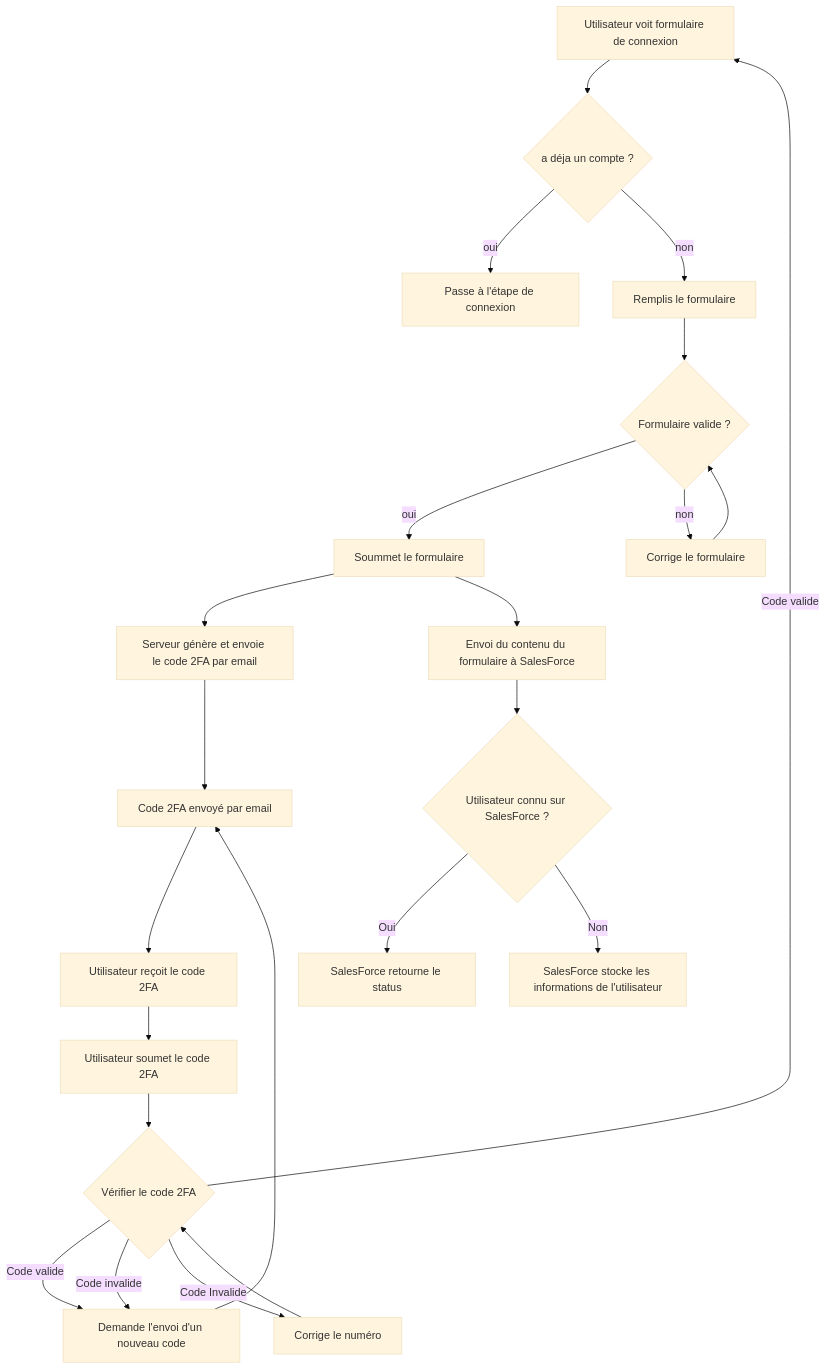
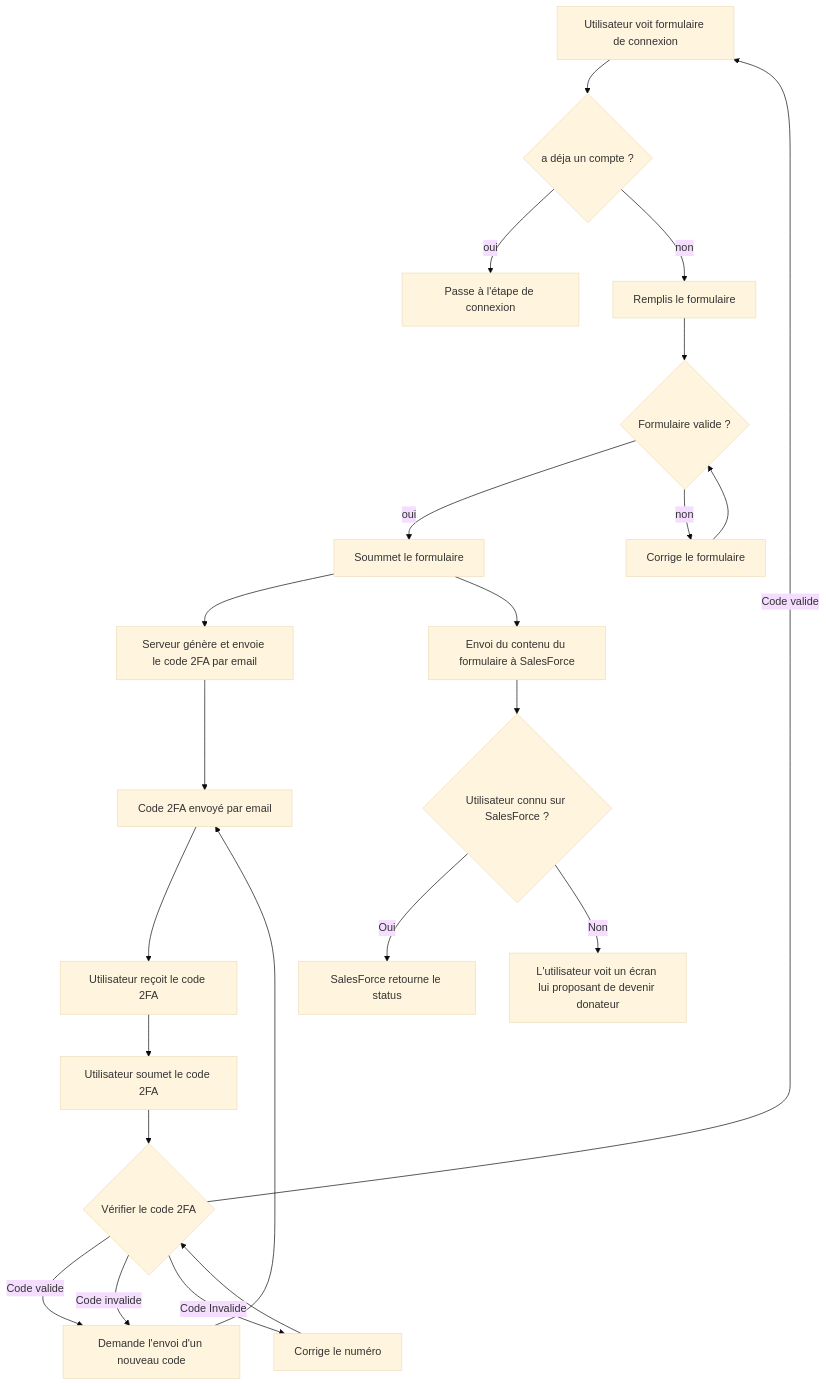
One commit to Amnesty-International-France/website changed the first of 2 diagrams in documentation/espace-donateur/authentification.md. Above: the diagram before and after it, drawn with Mermaid (base theme). The commit also changed other lines of this file, not shown here.

Commit message:
chore : udpate adr 001 schema

````diff
--- a/documentation/espace-donateur/authentification.md
+++ b/documentation/espace-donateur/authentification.md
@@ -21,28 +24,28 @@
 ```mermaid
 flowchart TD
     A[Utilisateur voit formulaire de connexion] -->   B{a déja un compte ?}
     B--> |oui|C[Passe à l'étape de connexion]
     B--> |non|D[Remplis le formulaire]
     D --> E{Formulaire valide ?}
     E --> |oui| F[Soummet le formulaire]
     E --> |non| G[Corrige le formulaire]
     G --> E
     F--> H[Serveur génère et envoie le code 2FA par email]
     H--> I[Code 2FA envoyé par email]
     I--> J[Utilisateur reçoit le code 2FA]
     J --> K[Utilisateur soumet le code 2FA]
     K--> L{Vérifier le code 2FA}
     L -->|Code valide| M[Le login et le mot de passe de l'utilisateur est stocké en BDD]
     L -->|Code valide| A
     L --> |Code invalide| M[Demande l'envoi d'un nouveau code]
     L --> |Code Invalide| N[Corrige le numéro]
     N --> L
     M --> I
     F --> O[Envoi du contenu du formulaire à SalesForce]
     O --> P{Utilisateur connu sur SalesForce ?}
     P --> |Oui| Q[SalesForce retourne le status]
-    P --> |Non| R[SalesForce stocke les informations de l'utilisateur]
+    P --> |Non| R[L'utilisateur voit un écran lui proposant de devenir donateur]
 
     
     
 ```
````
